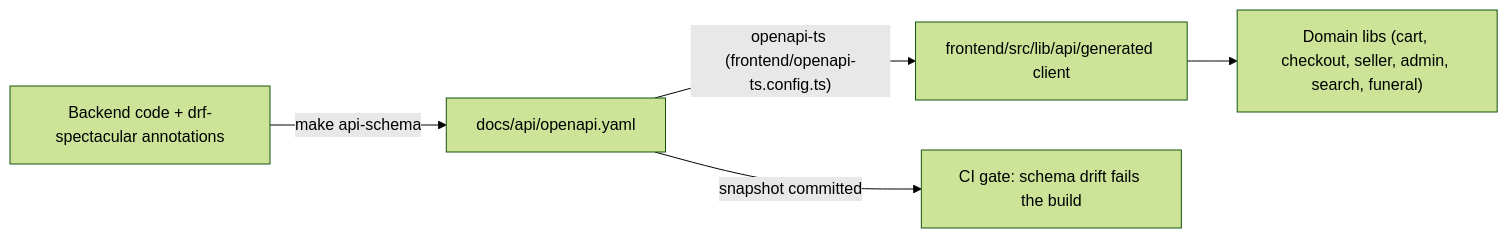
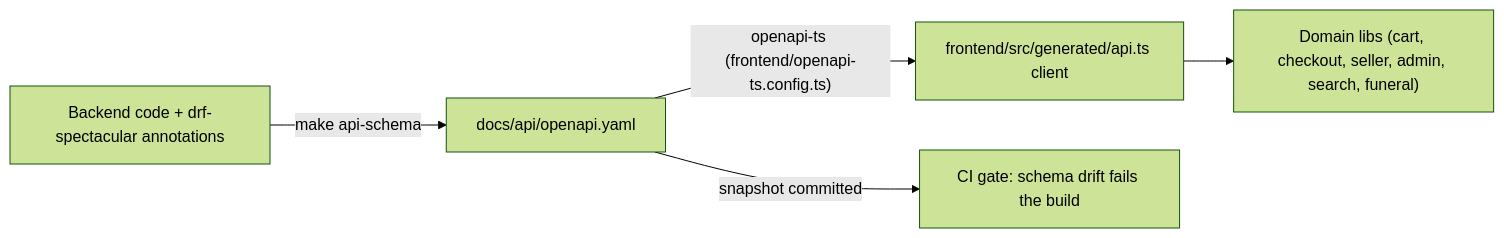
One commit to jolarca-dev/jolarca changed the first of 2 diagrams in docs/API_CONTRACT.md. Above: the diagram before and after it, drawn with Mermaid (forest theme). The commit also changed 11 other files, not shown here.

````diff
--- a/docs/API_CONTRACT.md
+++ b/docs/API_CONTRACT.md
@@ -35,7 +35,7 @@
 ```mermaid
 flowchart LR
     A["Backend code + drf-spectacular annotations"] -->|"make api-schema"| B["docs/api/openapi.yaml"]
-    B -->|"openapi-ts (frontend/openapi-ts.config.ts)"| C["frontend/src/lib/api/generated client"]
+    B -->|"openapi-ts (frontend/openapi-ts.config.ts)"| C["frontend/src/generated/api.ts client"]
     C --> D["Domain libs (cart, checkout, seller, admin, search, funeral)"]
     B -->|snapshot committed| E["CI gate: schema drift fails the build"]
 ```
````
